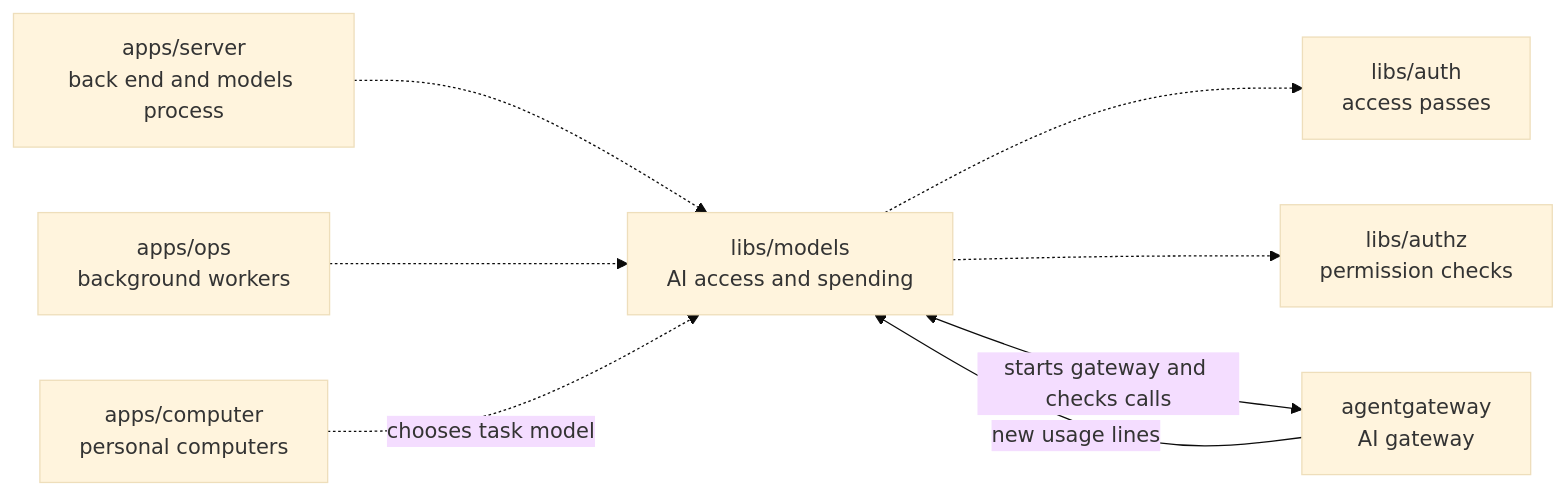
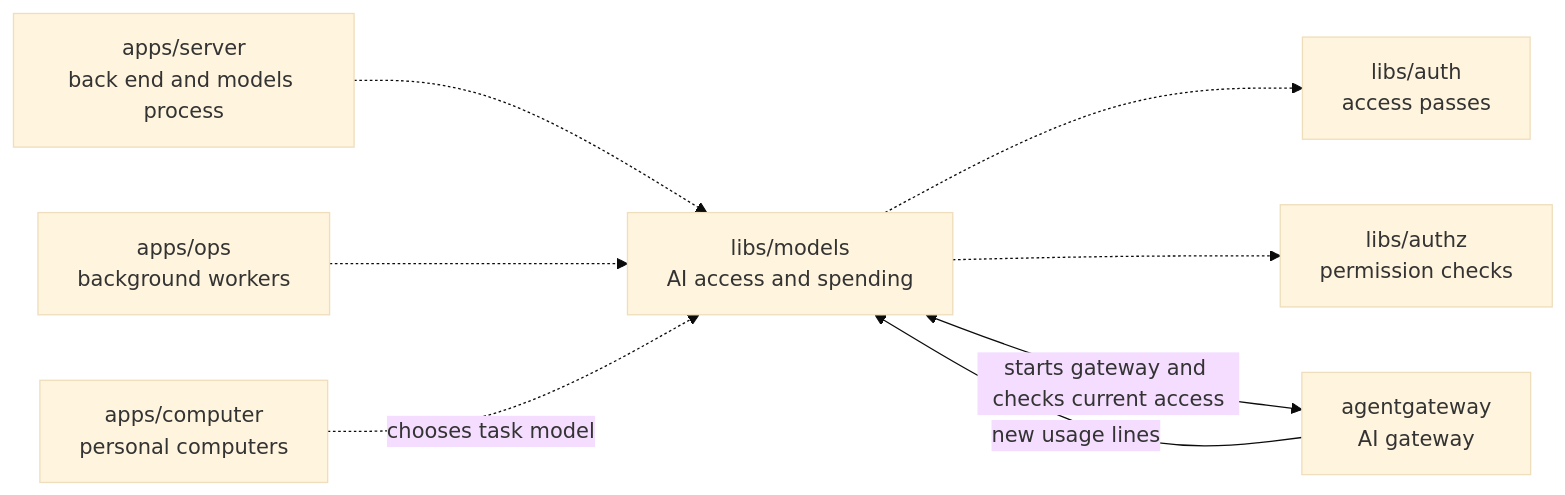
One commit to elewa-git/opencrane-new changed the diagram in libs/models/README.md. Above: the diagram before and after it, drawn with Mermaid (base theme). The commit also changed other lines of this file and 7 other files, not shown here.

````diff
--- a/libs/models/README.md
+++ b/libs/models/README.md
@@ -11,10 +11,10 @@
 ```mermaid
 flowchart LR
   server["apps/server<br/>back end and models process"] -.-> models["libs/models<br/>AI access and spending"]
   ops["apps/ops<br/>background workers"] -.-> models
   computer["apps/computer<br/>personal computers"] -.->|chooses task model| models
   models -.-> auth["libs/auth<br/>access passes"]
   models -.-> authz["libs/authz<br/>permission checks"]
-  models <-->|starts gateway and checks calls| gateway["agentgateway<br/>AI gateway"]
+  models <-->|starts gateway and checks current access| gateway["agentgateway<br/>AI gateway"]
   gateway -->|new usage lines| models
 ```
````
